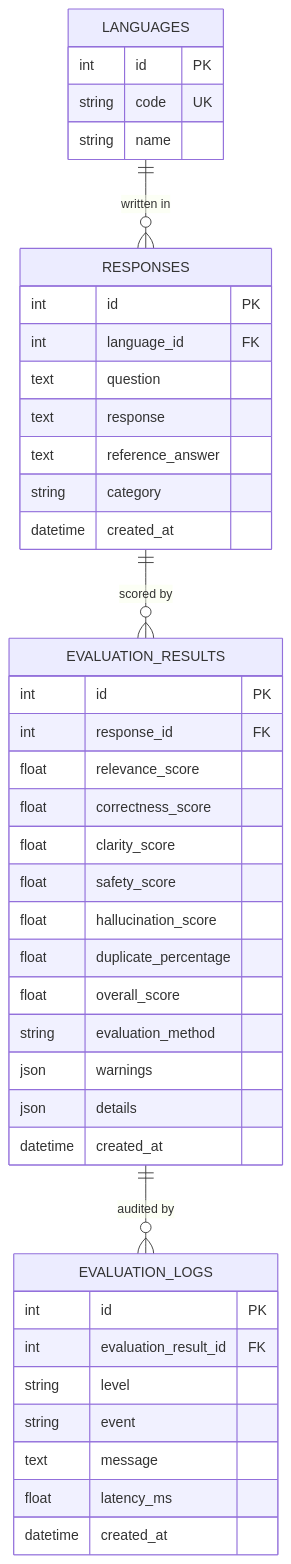
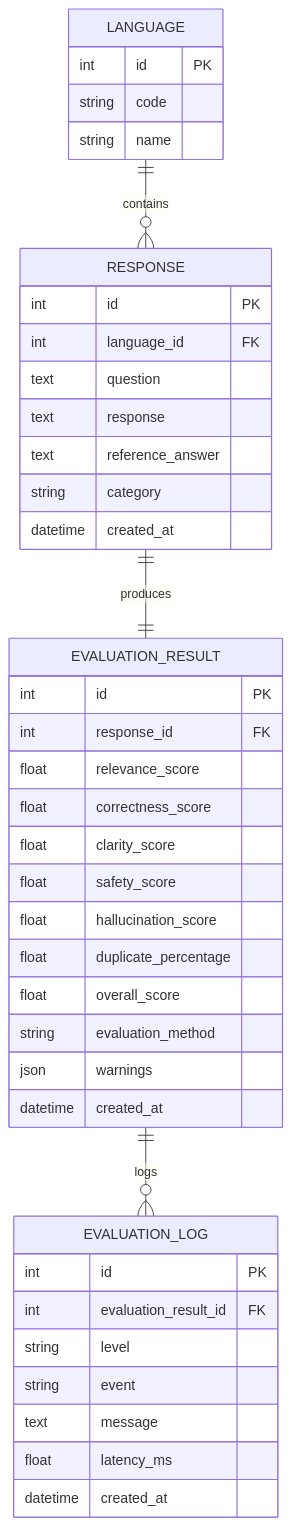
Before and after one commit to karan-sharma-aiml/multilingual-ai-response-quality-evaluator: the third of 5 diagrams in README.md, drawn with Mermaid. The commit also changed other lines of this file, not shown here.

````diff
--- a/README.md
+++ b/README.md
@@ -105,45 +1759,48 @@
 ```mermaid
 erDiagram
-    LANGUAGES ||--o{ RESPONSES : "written in"
-    RESPONSES ||--o{ EVALUATION_RESULTS : "scored by"
-    EVALUATION_RESULTS ||--o{ EVALUATION_LOGS : "audited by"
 
-    LANGUAGES {
-        int id PK
-        string code UK
-        string name
-    }
-    RESPONSES {
-        int id PK
-        int language_id FK
-        text question
-        text response
-        text reference_answer
-        string category
-        datetime created_at
-    }
-    EVALUATION_RESULTS {
-        int id PK
-        int response_id FK
-        float relevance_score
-        float correctness_score
-        float clarity_score
-        float safety_score
-        float hallucination_score
-        float duplicate_percentage
-        float overall_score
-        string evaluation_method
-        json warnings
-        json details
-        datetime created_at
-    }
-    EVALUATION_LOGS {
-        int id PK
-        int evaluation_result_id FK
-        string level
-        string event
-        text message
-        float latency_ms
-        datetime created_at
-    }
+LANGUAGE ||--o{ RESPONSE : contains
+RESPONSE ||--|| EVALUATION_RESULT : produces
+EVALUATION_RESULT ||--o{ EVALUATION_LOG : logs
+
+LANGUAGE{
+int id PK
+string code
+string name
+}
+
+RESPONSE{
+int id PK
+int language_id FK
+text question
+text response
+text reference_answer
+string category
+datetime created_at
+}
+
+EVALUATION_RESULT{
+int id PK
+int response_id FK
+float relevance_score
+float correctness_score
+float clarity_score
+float safety_score
+float hallucination_score
+float duplicate_percentage
+float overall_score
+string evaluation_method
+json warnings
+datetime created_at
+}
+
+EVALUATION_LOG{
+int id PK
+int evaluation_result_id FK
+string level
+string event
+text message
+float latency_ms
+datetime created_at
+}
 ```
````
